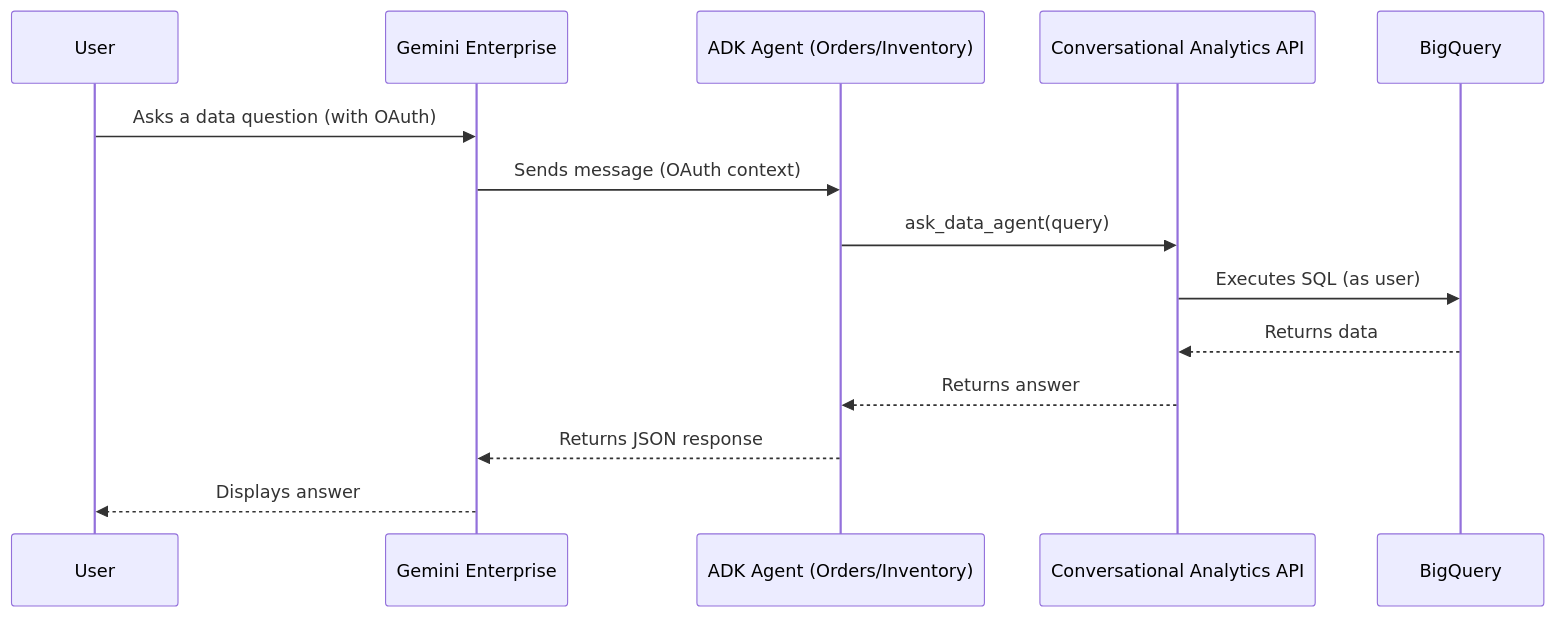
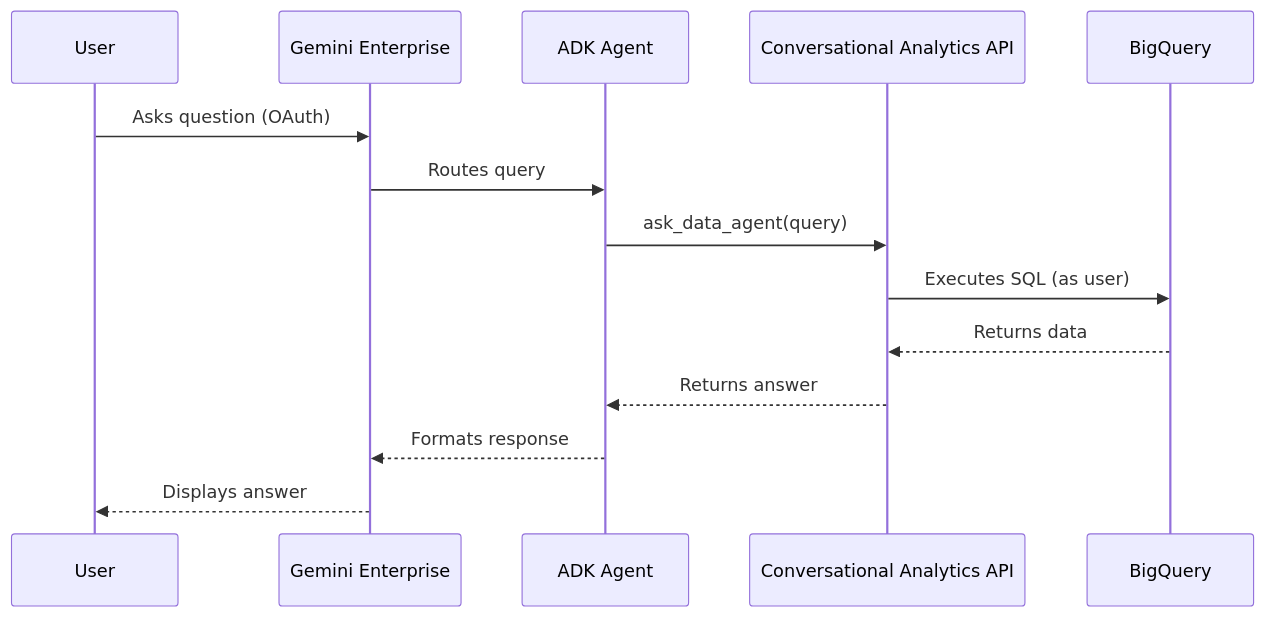
Before and after one commit to johanesalxd/random-stuff: the diagram in bq_caapi_ge/README.md, drawn with Mermaid. The commit also changed other lines of this file and 6 other files, not shown here.

````diff
--- a/bq_caapi_ge/README.md
+++ b/bq_caapi_ge/README.md
@@ -9,17 +7,17 @@
 ```mermaid
 sequenceDiagram
     participant User
     participant GE as Gemini Enterprise
-    participant ADK as ADK Agent (Orders/Inventory)
+    participant ADK as ADK Agent
     participant CA as Conversational Analytics API
     participant BQ as BigQuery
 
-    User->>GE: Asks a data question (with OAuth)
-    GE->>ADK: Sends message (OAuth context)
+    User->>GE: Asks question (OAuth)
+    GE->>ADK: Routes query
     ADK->>CA: ask_data_agent(query)
     CA->>BQ: Executes SQL (as user)
     BQ-->>CA: Returns data
     CA-->>ADK: Returns answer
-    ADK-->>GE: Returns JSON response
+    ADK-->>GE: Formats response
     GE-->>User: Displays answer
 ```
````
